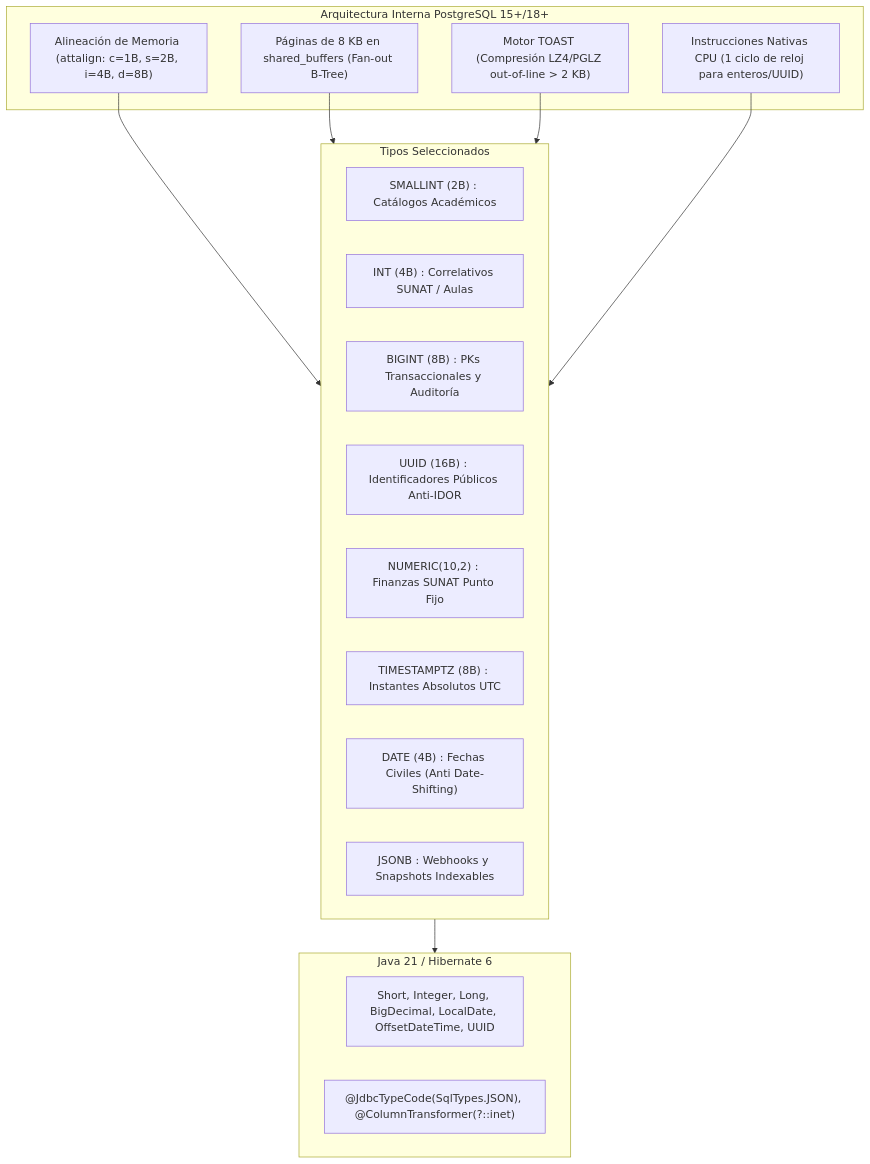
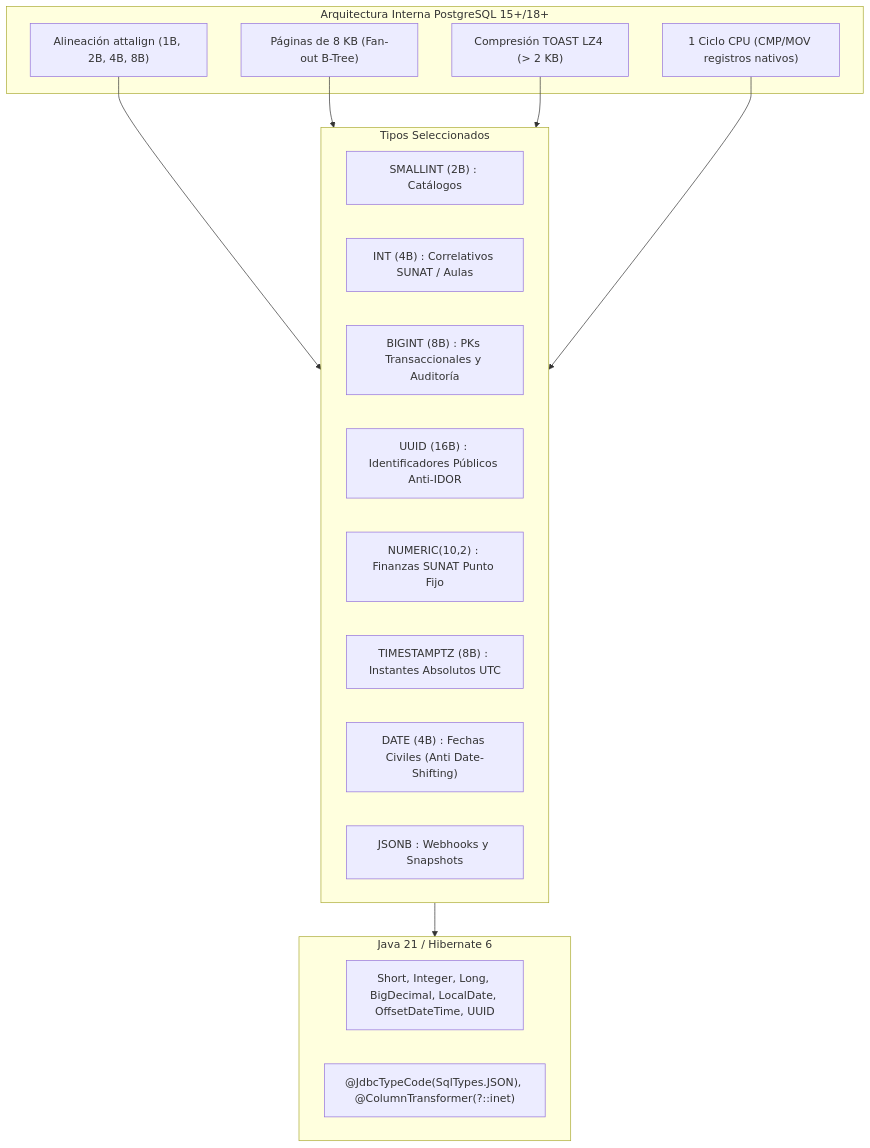
One commit to jeanfranco2023/Sistema-de-Gestion-Escolar---Backend changed the diagram in JUSTIFICACION_TECNICA_TIPOS_DE_DATOS_POSTGRESQL.md. Above: the diagram before and after it, drawn with Mermaid. The commit also changed other lines of this file and 5 other files, not shown here.

````diff
--- a/JUSTIFICACION_TECNICA_TIPOS_DE_DATOS_POSTGRESQL.md
+++ b/JUSTIFICACION_TECNICA_TIPOS_DE_DATOS_POSTGRESQL.md
@@ -20,31 +20,31 @@
 ```mermaid
 flowchart TD
     subgraph EngineInternals["Arquitectura Interna PostgreSQL 15+/18+"]
-        ALIGN["Alineación de Memoria (attalign: c=1B, s=2B, i=4B, d=8B)"]
-        PAGE["Páginas de 8 KB en shared_buffers (Fan-out B-Tree)"]
-        TOAST["Motor TOAST (Compresión LZ4/PGLZ out-of-line > 2 KB)"]
-        CPU["Instrucciones Nativas CPU (1 ciclo de reloj para enteros/UUID)"]
+        ALIGN["Alineación attalign (1B, 2B, 4B, 8B)"]
+        PAGE["Páginas de 8 KB (Fan-out B-Tree)"]
+        TOAST["Compresión TOAST LZ4 (> 2 KB)"]
+        CPU["1 Ciclo CPU (CMP/MOV registros nativos)"]
     end
 
     subgraph DataCategories["Tipos Seleccionados"]
-        SMALL["SMALLINT (2B) : Catálogos Académicos"]
+        SMALL["SMALLINT (2B) : Catálogos"]
         INTG["INT (4B) : Correlativos SUNAT / Aulas"]
         BIG["BIGINT (8B) : PKs Transaccionales y Auditoría"]
         UID["UUID (16B) : Identificadores Públicos Anti-IDOR"]
         NUM["NUMERIC(10,2) : Finanzas SUNAT Punto Fijo"]
         TIME_T["TIMESTAMPTZ (8B) : Instantes Absolutos UTC"]
         DATE_T["DATE (4B) : Fechas Civiles (Anti Date-Shifting)"]
-        JSN["JSONB : Webhooks y Snapshots Indexables"]
+        JSN["JSONB : Webhooks y Snapshots"]
     end
 
     subgraph JavaMapping["Java 21 / Hibernate 6"]
         J_TYPES["Short, Integer, Long, BigDecimal, LocalDate, OffsetDateTime, UUID"]
         J_SPEC["@JdbcTypeCode(SqlTypes.JSON), @ColumnTransformer(?::inet)"]
     end
 
     ALIGN --> DataCategories
     PAGE --> DataCategories
     TOAST --> DataCategories
     CPU --> DataCategories
     DataCategories --> JavaMapping
 ```
````
